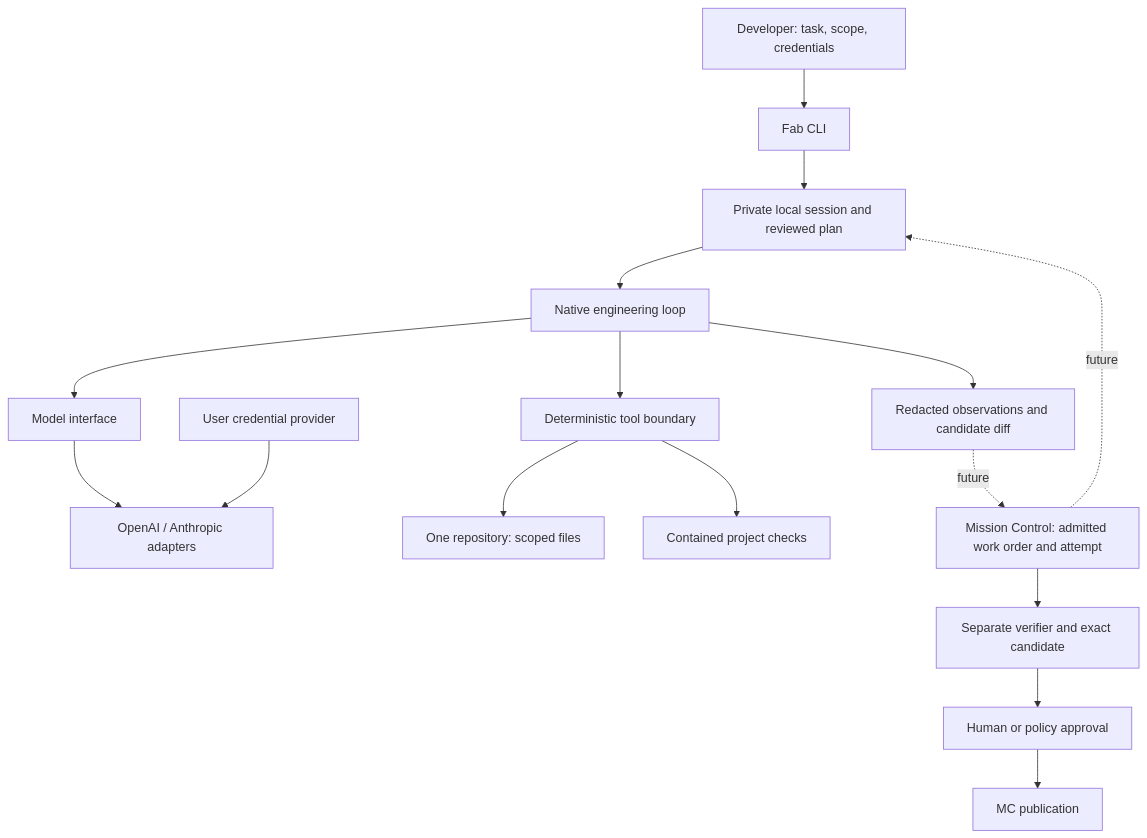
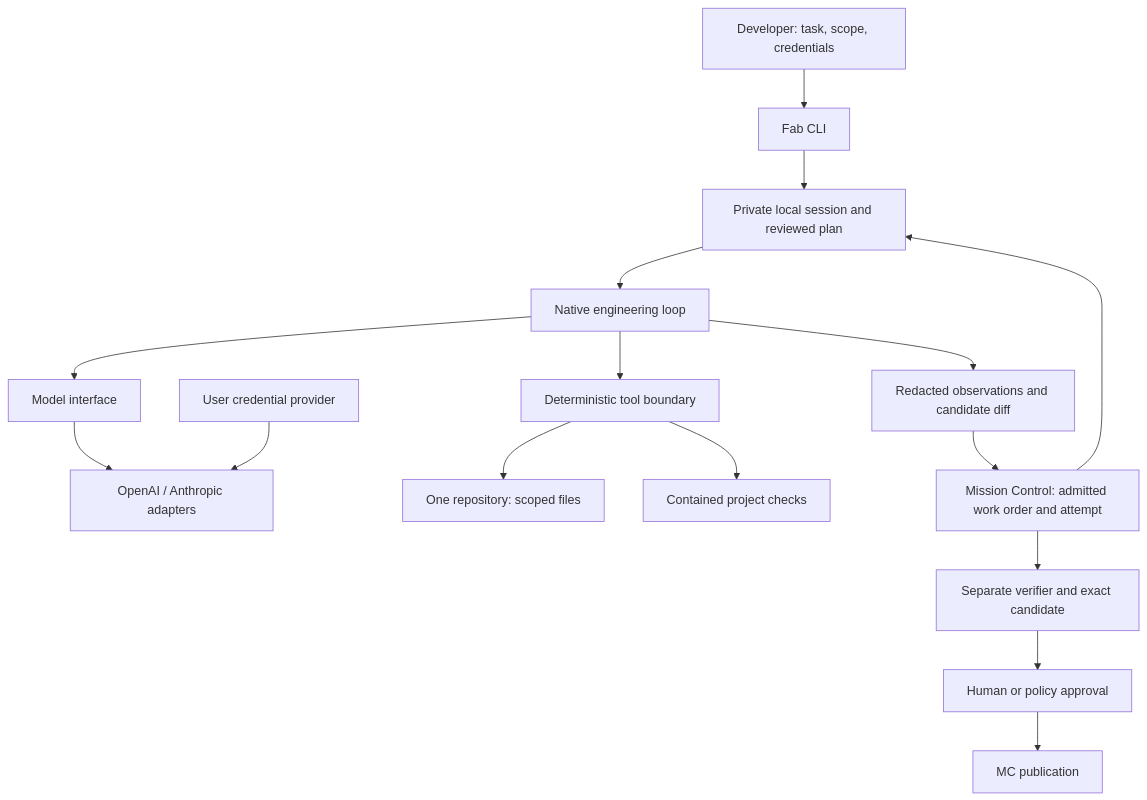
One commit to jaydubya818/FDLC changed the diagram in docs/fab/FAB-ARCHITECTURE.md. Above: the diagram before and after it, drawn with Mermaid. The commit also changed other lines of this file and 20 other files, not shown here.

````diff
--- a/docs/fab/FAB-ARCHITECTURE.md
+++ b/docs/fab/FAB-ARCHITECTURE.md
@@ -9,18 +9,18 @@
 ```mermaid
 flowchart TD
     Human[Developer: task, scope, credentials] --> CLI[Fab CLI]
     CLI --> Session[Private local session and reviewed plan]
     Session --> Loop[Native engineering loop]
     Loop --> Model[Model interface]
     Model --> Adapter[OpenAI / Anthropic adapters]
     Secret[User credential provider] --> Adapter
     Loop --> Gate[Deterministic tool boundary]
     Gate --> Files[One repository: scoped files]
     Gate --> Check[Contained project checks]
     Loop --> Evidence[Redacted observations and candidate diff]
-    MC[Mission Control: admitted work order and attempt] -. future .-> Session
-    Evidence -. future .-> MC
+    MC[Mission Control: admitted work order and attempt] --> Session
+    Evidence --> MC
     MC --> Verifier[Separate verifier and exact candidate]
     Verifier --> Approval[Human or policy approval]
     Approval --> Publish[MC publication]
 ```
````
